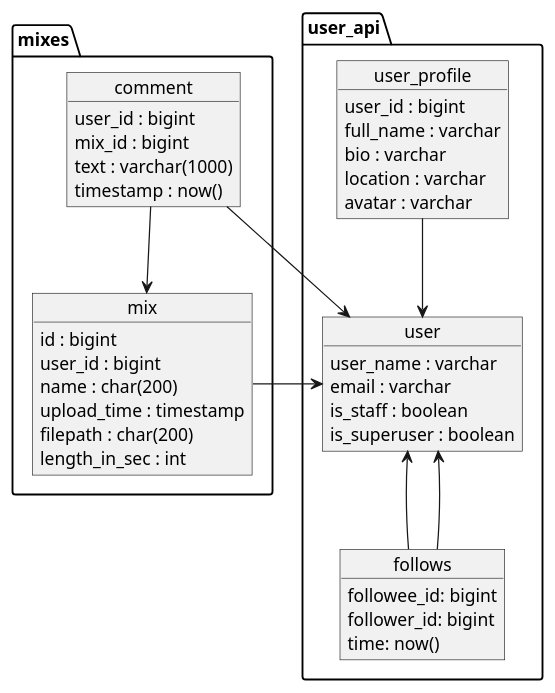
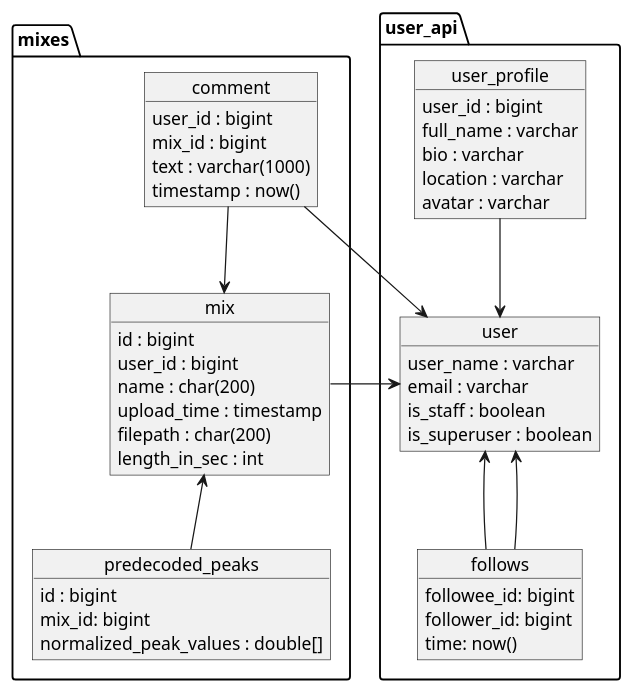
The diagram in backend/docs/data_schema.plantuml (senorfelipe/mix-share), drawn with PlantUML before and after one commit. The commit also changed 11 other files, not shown here.

```diff
--- a/backend/docs/data_schema.plantuml
+++ b/backend/docs/data_schema.plantuml
@@ -1,59 +1,64 @@
 @startuml database
 
 
 package user_api {
     object user {
         user_name : varchar
         email : varchar
         is_staff : boolean
         is_superuser : boolean
     }
     object user_profile {
         user_id : bigint
         full_name : varchar
         bio : varchar
         location : varchar
         avatar : varchar
     }
 
     object follows {
         followee_id: bigint
         follower_id: bigint
         time: now()
     }
 }
 
 package mixes {
 
     object mix {
         id : bigint
         user_id : bigint
         name : char(200)
         upload_time : timestamp
         filepath : char(200)
         length_in_sec : int
     }
 
+    object predecoded_peaks {
+        id : bigint
+        mix_id: bigint
+        normalized_peak_values : double[] 
+    }
+
     object comment {
         user_id : bigint
         mix_id : bigint
         text : varchar(1000)
         timestamp : now()
     }
-
-
 
 }
 
 
 
 
 
 user <-- follows
 user <-- follows
 mix -> user
+mix <-- predecoded_peaks
 user_profile --> user
 comment --> user
 comment --> mix
 
 @enduml
```
